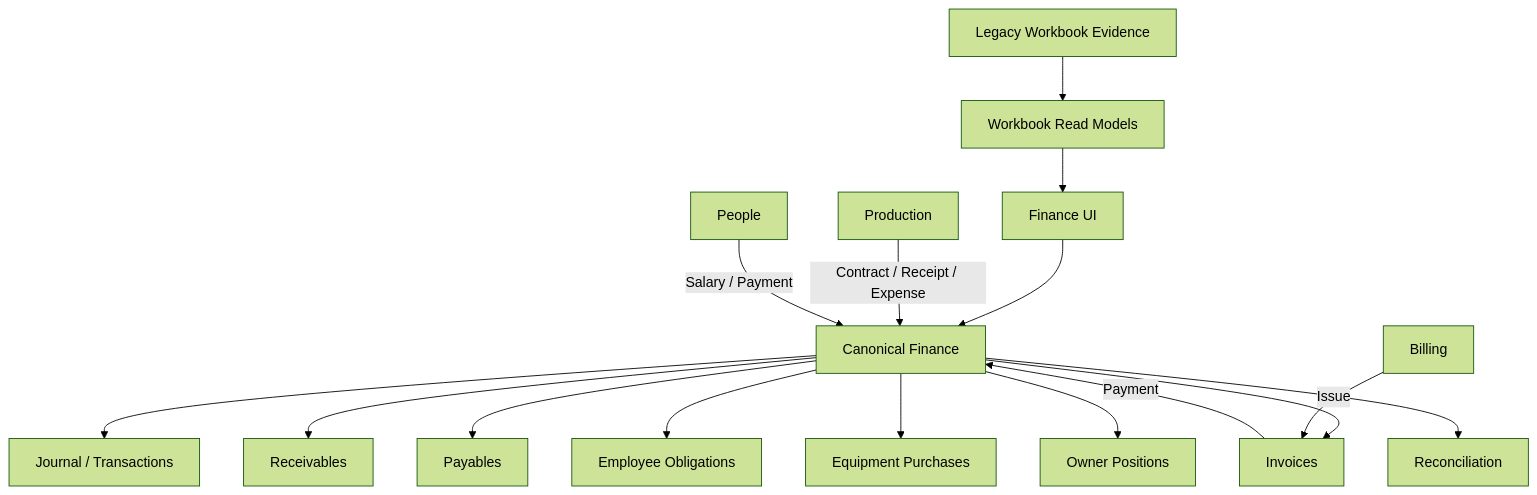
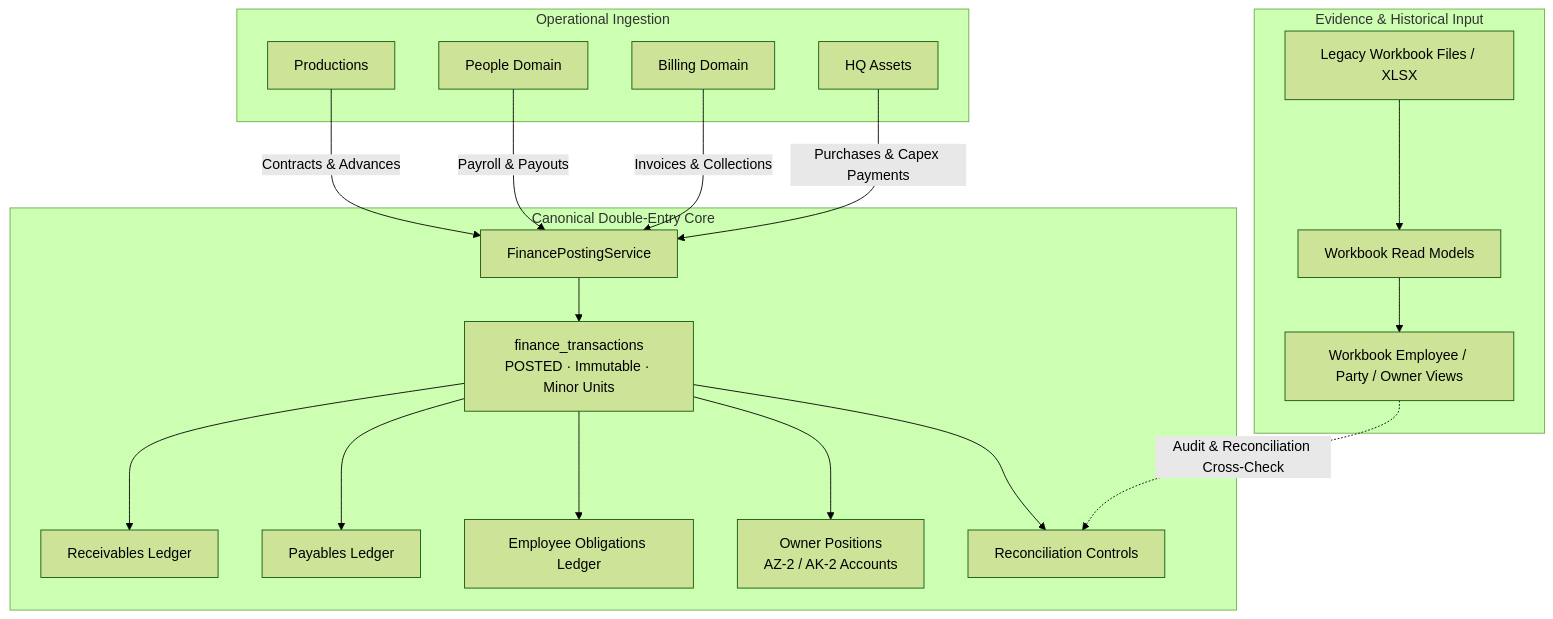
One commit to sufibuildwith-py/sa-controlcentre changed the sixth of 12 diagrams in README.md. Above: the diagram before and after it, drawn with Mermaid (forest theme). The commit also changed other lines of this file, not shown here.

Commit message:
docs: overhaul README to represent connected operating system and EVE architecture

````diff
--- a/README.md
+++ b/README.md
@@ -213,20 +296,25 @@
 ```mermaid
 flowchart TB
-    WB[Legacy Workbook Evidence] --> RM[Workbook Read Models]
-    RM --> UI[Finance UI]
+    subgraph Evidence & Historical Input
+        WB[Legacy Workbook Files / XLSX] --> RM[Workbook Read Models]
+        RM --> WBUS[Workbook Employee / Party / Owner Views]
+    end
 
-    UI --> CF[Canonical Finance]
-    CF --> J[Journal / Transactions]
-    CF --> AR[Receivables]
-    CF --> AP[Payables]
-    CF --> PAY[Employee Obligations]
-    CF --> INV[Invoices]
-    CF --> EQ[Equipment Purchases]
-    CF --> OWN[Owner Positions]
-    CF --> REC[Reconciliation]
+    subgraph Canonical Double-Entry Core
+        POST[FinancePostingService] --> JRN[finance_transactions\nPOSTED · Immutable · Minor Units]
+        JRN --> REC[Receivables Ledger]
+        JRN --> PAY[Payables Ledger]
+        JRN --> EMP_OBL[Employee Obligations Ledger]
+        JRN --> OWN[Owner Positions\nAZ-2 / AK-2 Accounts]
+        JRN --> RECON[Reconciliation Controls]
+    end
 
-    BILL[Billing] -->|Issue| INV
-    INV -->|Payment| CF
-    PR[Production] -->|Contract / Receipt / Expense| CF
-    P[People] -->|Salary / Payment| CF
+    subgraph Operational Ingestion
+        PROD[Productions] -->|Contracts & Advances| POST
+        PEOPLE[People Domain] -->|Payroll & Payouts| POST
+        BILL[Billing Domain] -->|Invoices & Collections| POST
+        EQUIP[HQ Assets] -->|Purchases & Capex Payments| POST
+    end
+
+    WBUS -.->|Audit & Reconciliation Cross-Check| RECON
 ```
````
